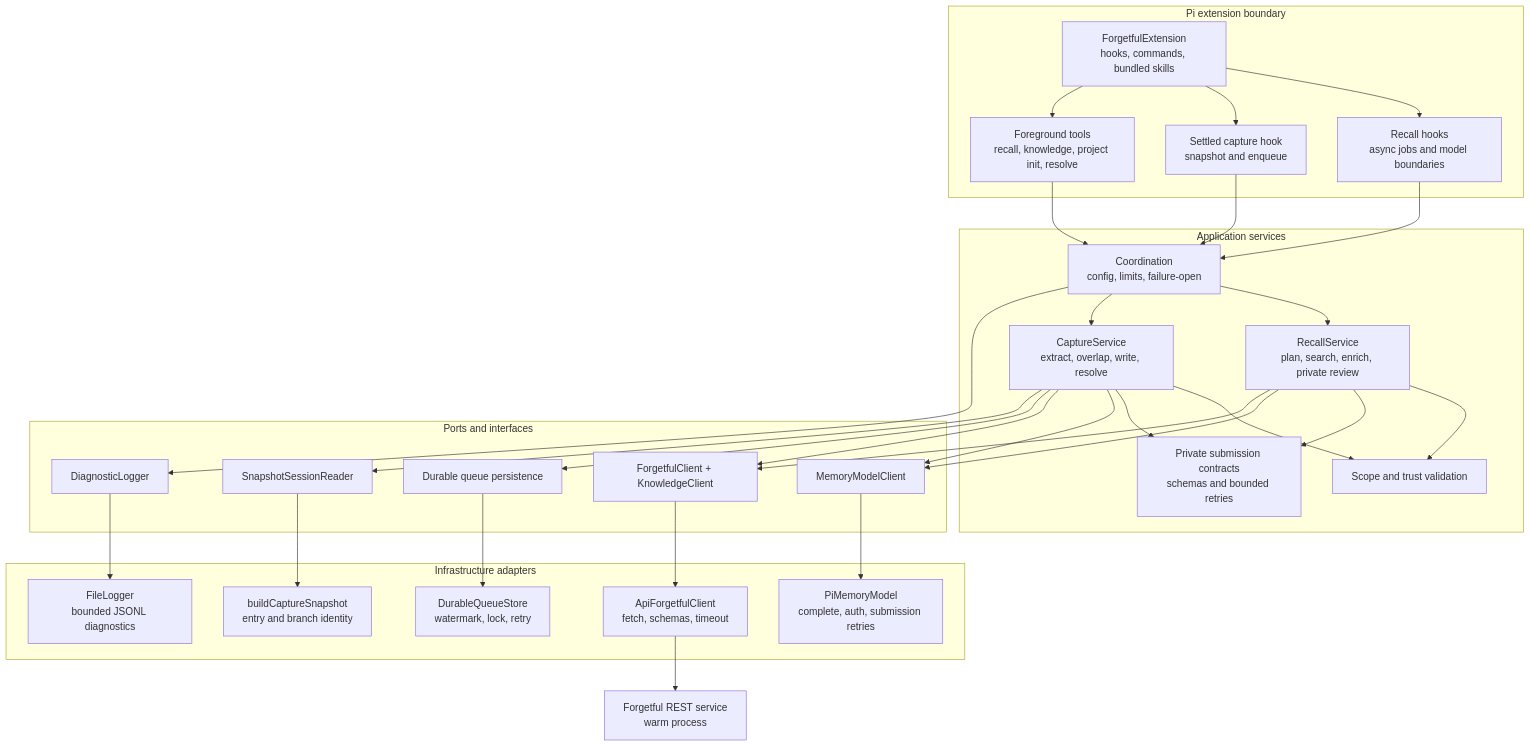
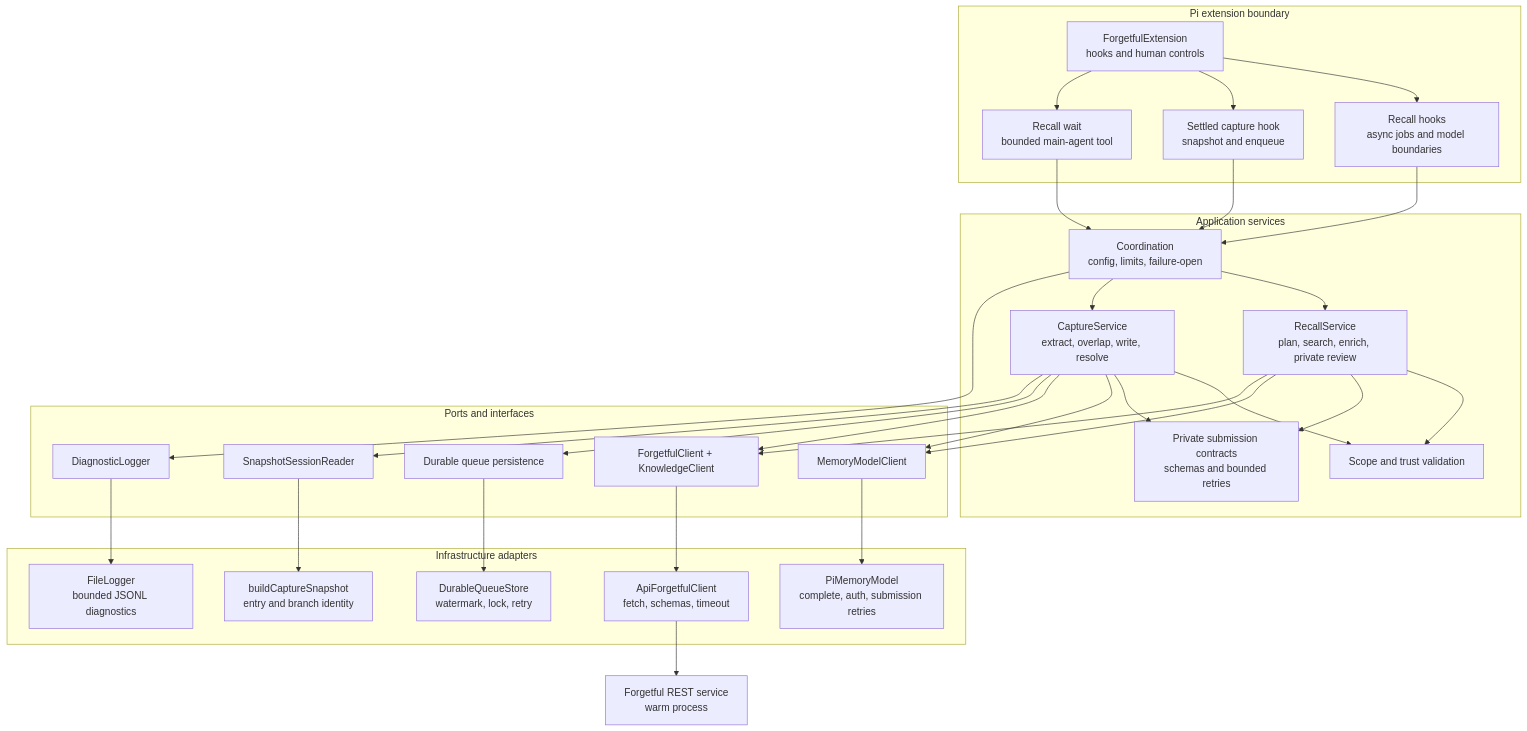
The diagram in AGENTS.md (ScottRBK/pi-forgetful-extension), drawn with Mermaid before and after one commit. The commit also changed other lines of this file and 29 other files, not shown here.

First line of the commit message:
refactor: remove foreground memory tools and workflows

````diff
--- a/AGENTS.md
+++ b/AGENTS.md
@@ -63,59 +65,59 @@
 ```mermaid
 flowchart TB
   subgraph PI["Pi extension boundary"]
-    E["ForgetfulExtension\nhooks, commands, bundled skills"]
+    E["ForgetfulExtension\nhooks and human controls"]
     R["Recall hooks\nasync jobs and model boundaries"]
     S["Settled capture hook\nsnapshot and enqueue"]
-    T["Foreground tools\nrecall, knowledge, project init, resolve"]
+    T["Recall wait\nbounded main-agent tool"]
     E --> R
     E --> S
     E --> T
   end
 
   subgraph CORE["Application services"]
     C["Coordination\nconfig, limits, failure-open"]
     RS["RecallService\nplan, search, enrich, private review"]
     CS["CaptureService\nextract, overlap, write, resolve"]
     SP["Scope and trust validation"]
     PP["Private submission contracts\nschemas and bounded retries"]
     C --> RS
     C --> CS
     RS --> SP
     RS --> PP
     CS --> SP
     CS --> PP
   end
 
   subgraph PORTS["Ports and interfaces"]
     MM["MemoryModelClient"]
     FM["ForgetfulClient + KnowledgeClient"]
     QS["Durable queue persistence"]
     SR["SnapshotSessionReader"]
     DL["DiagnosticLogger"]
   end
 
   subgraph ADAPTERS["Infrastructure adapters"]
     PM["PiMemoryModel\ncomplete, auth, submission retries"]
     API["ApiForgetfulClient\nfetch, schemas, timeout"]
     DS["DurableQueueStore\nwatermark, lock, retry"]
     PS["buildCaptureSnapshot\nentry and branch identity"]
     FL["FileLogger\nbounded JSONL diagnostics"]
   end
 
   R --> C
   S --> C
   T --> C
   RS --> MM
   RS --> FM
   CS --> MM
   CS --> FM
   CS --> QS
   CS --> SR
   C --> DL
   MM --> PM
   FM --> API
   QS --> DS
   SR --> PS
   DL --> FL
   API --> REST["Forgetful REST service\nwarm process"]
 ```
````
